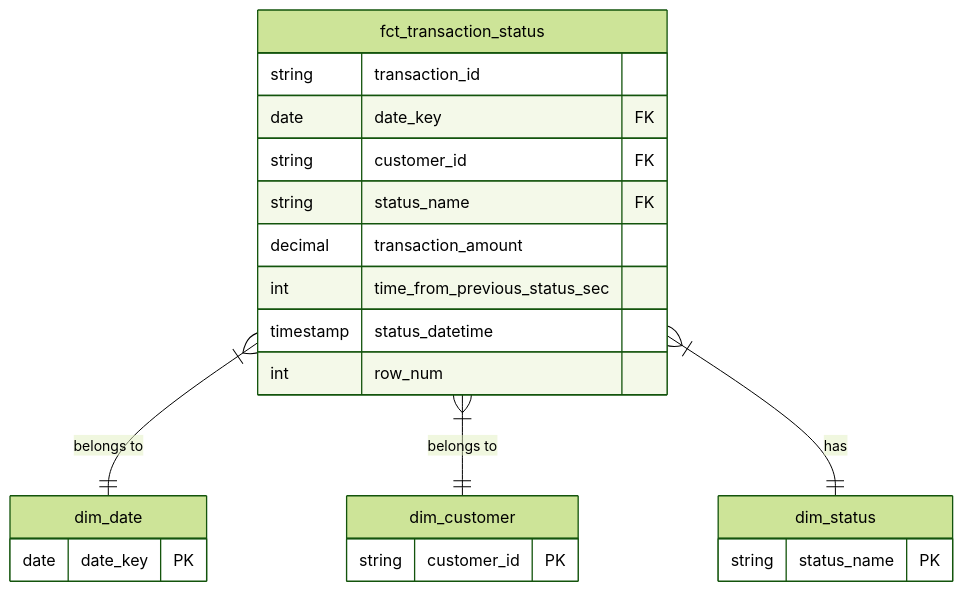
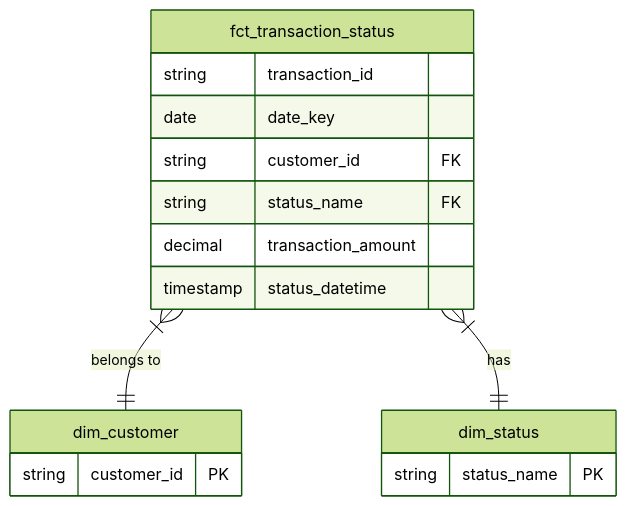
One commit to dre-at8865/payment_processor_data_model changed the diagram in README.md. Above: the diagram before and after it, drawn with Mermaid (forest theme). The commit also changed other lines of this file and 14 other files, not shown here.

````diff
--- a/README.md
+++ b/README.md
@@ -33,20 +28,16 @@
 ```mermaid
 erDiagram
     fct_transaction_status {
         string transaction_id
-        date date_key FK
+        date date_key
         string customer_id FK
         string status_name FK
         decimal transaction_amount
-        int time_from_previous_status_sec
         timestamp status_datetime
-        int row_num
     }
-    dim_date { date date_key PK }
     dim_customer { string customer_id PK }
     dim_status { string status_name PK }
 
-    fct_transaction_status }|--|| dim_date : "belongs to"
     fct_transaction_status }|--|| dim_customer : "belongs to"
     fct_transaction_status }|--|| dim_status : "has"
 ```
````
